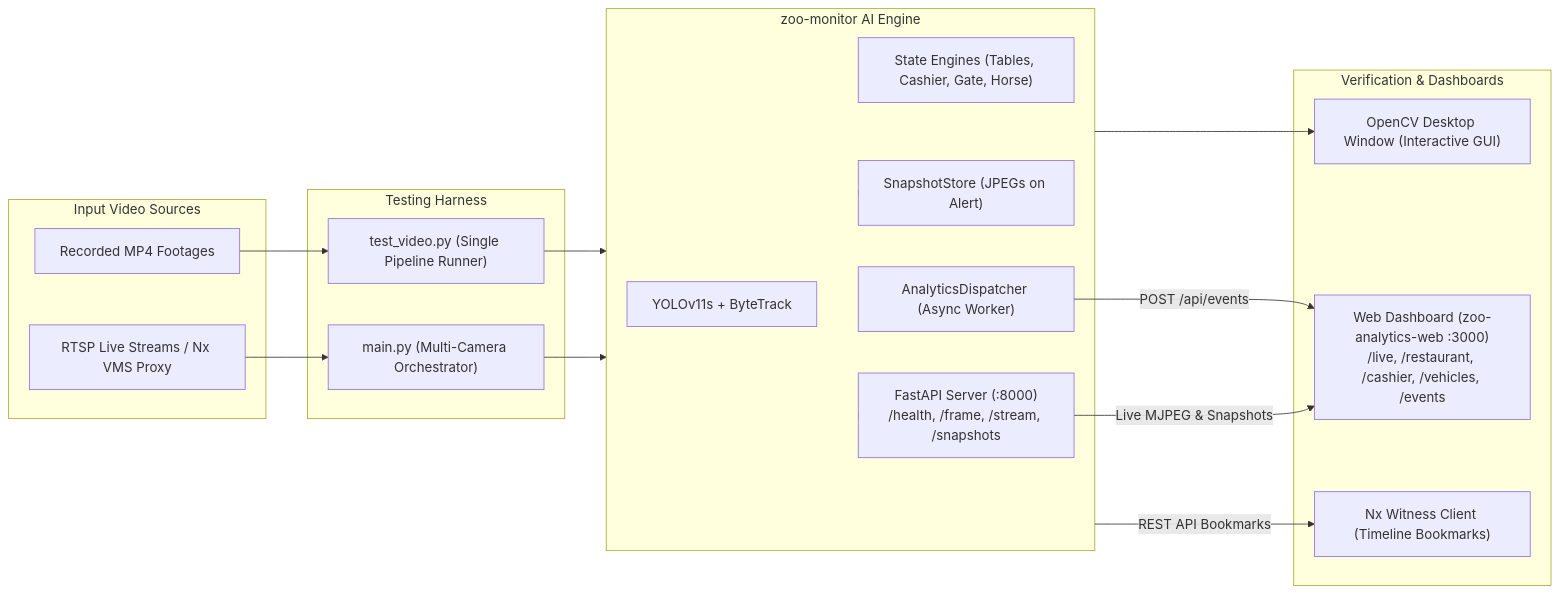
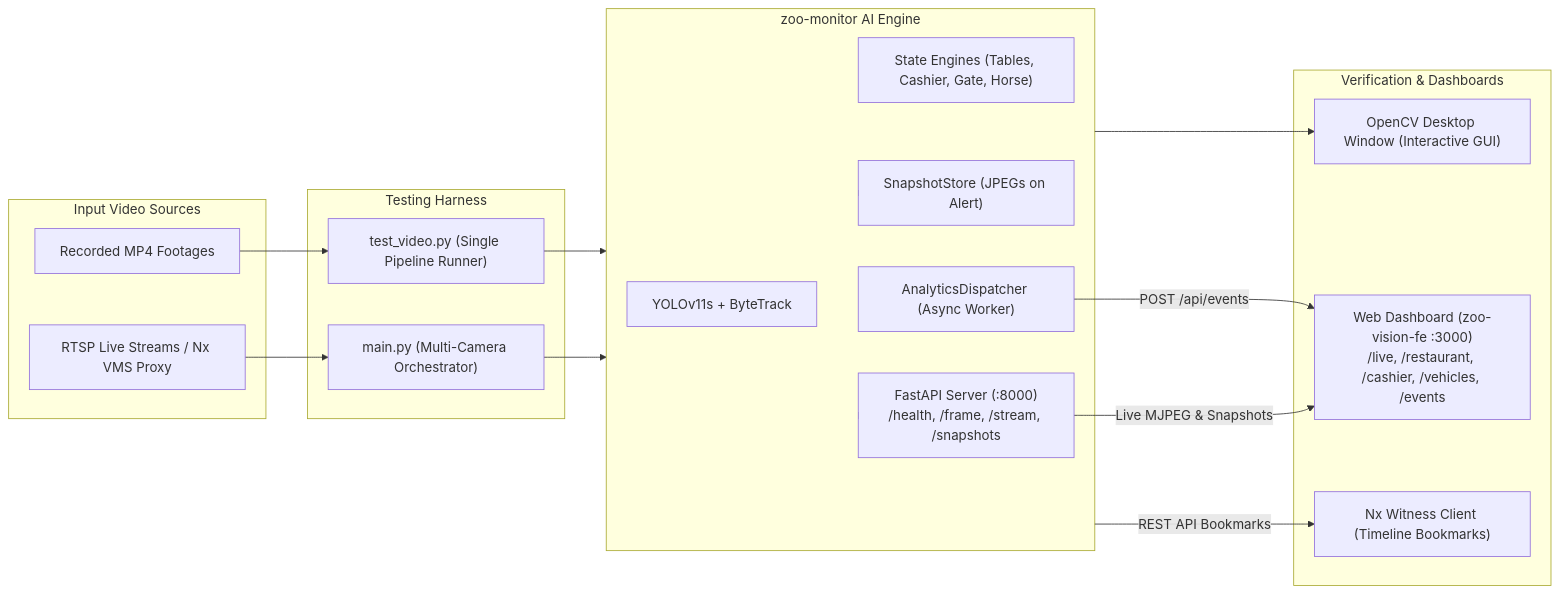
One commit to Aryaputra34/zoo-vision changed the diagram in docs/08_TESTING_GUIDE.md. Above: the diagram before and after it, drawn with Mermaid. The commit also changed other lines of this file and 7 other files, not shown here.

````diff
--- a/docs/08_TESTING_GUIDE.md
+++ b/docs/08_TESTING_GUIDE.md
@@ -22,37 +22,37 @@
 ```mermaid
 graph LR
     subgraph InputSources [Input Video Sources]
         MP4["Recorded MP4 Footages"]
         RTSP["RTSP Live Streams / Nx VMS Proxy"]
     end
 
     subgraph TestHarness [Testing Harness]
         TV["test_video.py (Single Pipeline Runner)"]
         Main["main.py (Multi-Camera Orchestrator)"]
     end
 
     subgraph AIEngine [zoo-monitor AI Engine]
         YOLO["YOLOv11s + ByteTrack"]
         State["State Engines (Tables, Cashier, Gate, Horse)"]
         API["FastAPI Server (:8000)<br/>/health, /frame, /stream, /snapshots"]
         Snap["SnapshotStore (JPEGs on Alert)"]
         Disp["AnalyticsDispatcher (Async Worker)"]
     end
 
     subgraph Egress [Verification & Dashboards]
         OpenCV["OpenCV Desktop Window (Interactive GUI)"]
-        WebDash["Web Dashboard (zoo-analytics-web :3000)<br/>/live, /restaurant, /cashier, /vehicles, /events"]
+        WebDash["Web Dashboard (zoo-vision-fe :3000)<br/>/live, /restaurant, /cashier, /vehicles, /events"]
         Nx["Nx Witness Client (Timeline Bookmarks)"]
     end
 
     MP4 --> TV
     RTSP --> Main
     TV --> AIEngine
     Main --> AIEngine
     AIEngine --> OpenCV
     AIEngine --> API
     AIEngine --> Snap
     Disp -->|POST /api/events| WebDash
     API -->|Live MJPEG & Snapshots| WebDash
     AIEngine -->|REST API Bookmarks| Nx
 ```
````
